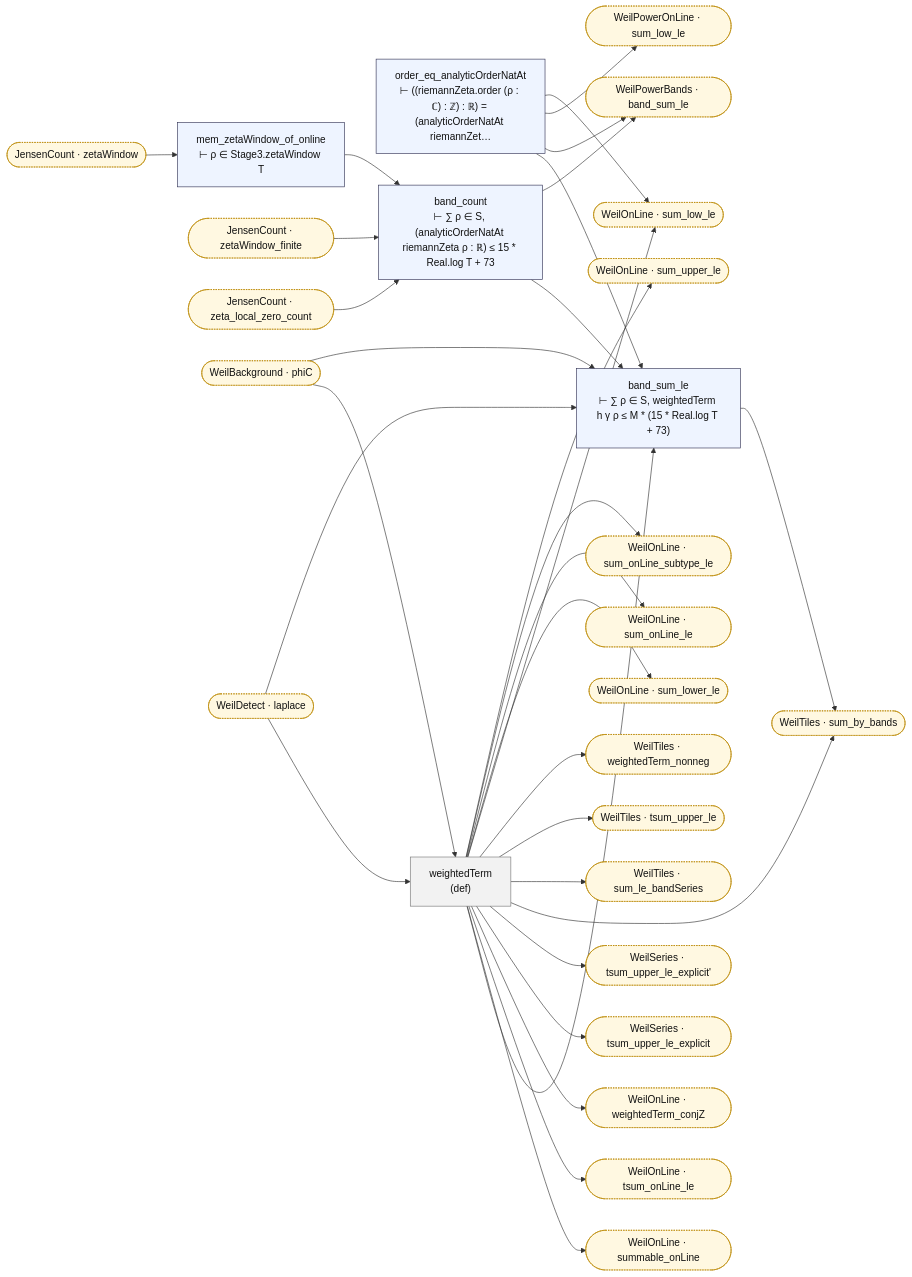
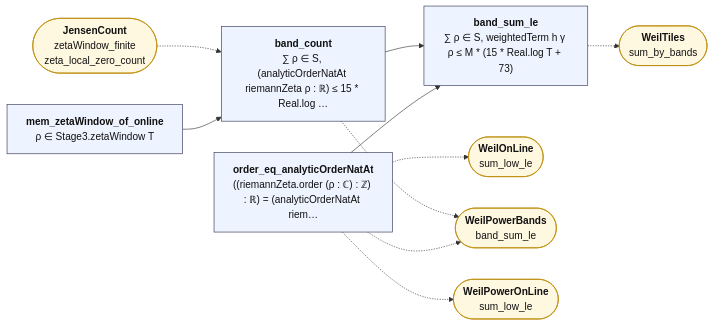
Before and after one commit to juliansambranojr/Primebeat_081426: the diagram in map/lean_stage3/WeilBands.md, drawn with Mermaid. The commit also changed other lines of this file and 387 other files, not shown here.

````diff
--- a/map/lean_stage3/WeilBands.md
+++ b/map/lean_stage3/WeilBands.md
@@ -8,65 +12,26 @@
 ```mermaid
 flowchart LR
-  n0["order_eq_analyticOrderNatAt<br/>⊢ ((riemannZeta.order (ρ : ℂ) : ℤ) : ℝ) = (analyticOrderNatAt riemannZet…"]:::thm
-  n1["mem_zetaWindow_of_online<br/>⊢ ρ ∈ Stage3.zetaWindow T"]:::thm
-  n2["band_count<br/>⊢ ∑ ρ ∈ S, (analyticOrderNatAt riemannZeta ρ : ℝ) ≤ 15 * Real.log T + 73"]:::thm
-  n3["weightedTerm<br/>(def)"]:::dfn
-  n4["band_sum_le<br/>⊢ ∑ ρ ∈ S, weightedTerm h γ ρ ≤ M * (15 * Real.log T + 73)"]:::thm
-  x0(["JensenCount · zetaWindow"]):::ext
-  x1(["JensenCount · zetaWindow_finite"]):::ext
-  x2(["JensenCount · zeta_local_zero_count"]):::ext
-  x3(["WeilBackground · phiC"]):::ext
-  x4(["WeilDetect · laplace"]):::ext
-  x5(["WeilOnLine · sum_low_le"]):::ext
-  x6(["WeilOnLine · sum_lower_le"]):::ext
-  x7(["WeilOnLine · sum_onLine_le"]):::ext
-  x8(["WeilOnLine · sum_onLine_subtype_le"]):::ext
-  x9(["WeilOnLine · sum_upper_le"]):::ext
-  x10(["WeilOnLine · summable_onLine"]):::ext
-  x11(["WeilOnLine · tsum_onLine_le"]):::ext
-  x12(["WeilOnLine · weightedTerm_conjZ"]):::ext
-  x13(["WeilPowerBands · band_sum_le"]):::ext
-  x14(["WeilPowerOnLine · sum_low_le"]):::ext
-  x15(["WeilSeries · tsum_upper_le_explicit"]):::ext
-  x16(["WeilSeries · tsum_upper_le_explicit'"]):::ext
-  x17(["WeilTiles · sum_by_bands"]):::ext
-  x18(["WeilTiles · sum_le_bandSeries"]):::ext
-  x19(["WeilTiles · tsum_upper_le"]):::ext
-  x20(["WeilTiles · weightedTerm_nonneg"]):::ext
-  n0 --> n4
-  n0 --> x13
-  n0 --> x14
-  n0 --> x5
+  n0["<b>order_eq_analyticOrderNatAt</b><br/>((riemannZeta.order (ρ : ℂ) : ℤ) : ℝ) = (analyticOrderNatAt riem…"]:::thm
+  n1["<b>mem_zetaWindow_of_online</b><br/>ρ ∈ Stage3.zetaWindow T"]:::thm
+  n2["<b>band_count</b><br/>∑ ρ ∈ S, (analyticOrderNatAt riemannZeta ρ : ℝ) ≤ 15 * Real.log …"]:::thm
+  n3["<b>band_sum_le</b><br/>∑ ρ ∈ S, weightedTerm h γ ρ ≤ M * (15 * Real.log T + 73)"]:::thm
+  x0(["<b>WeilOnLine</b><br/>sum_low_le"]):::ext
+  x1(["<b>WeilPowerBands</b><br/>band_sum_le"]):::ext
+  x2(["<b>WeilPowerOnLine</b><br/>sum_low_le"]):::ext
+  x3(["<b>JensenCount</b><br/>zetaWindow_finite<br/>zeta_local_zero_count"]):::ext
+  x4(["<b>WeilTiles</b><br/>sum_by_bands"]):::ext
+  n0 --> n3
   n1 --> n2
-  n2 --> n4
-  n2 --> x13
-  n3 --> n4
-  n3 --> x10
-  n3 --> x11
-  n3 --> x12
-  n3 --> x15
-  n3 --> x16
-  n3 --> x17
-  n3 --> x18
-  n3 --> x19
-  n3 --> x20
-  n3 --> x5
-  n3 --> x6
-  n3 --> x7
-  n3 --> x8
-  n3 --> x9
-  n4 --> x17
-  x0 --> n1
-  x1 --> n2
-  x2 --> n2
-  x3 --> n3
-  x3 --> n4
-  x4 --> n3
-  x4 --> n4
+  n2 --> n3
+  n0 -.-> x0
+  n0 -.-> x1
+  n0 -.-> x2
+  n2 -.-> x1
+  n3 -.-> x4
+  x3 -.-> n2
   classDef thm fill:#eef4ff,stroke:#335,color:#111
-  classDef dfn fill:#f2f2f2,stroke:#777,color:#111
   classDef end_ fill:#e7f7e7,stroke:#2a7,color:#111,stroke-width:2px
   classDef lone fill:#fff,stroke:#999,color:#111,stroke-dasharray:4 3
   classDef bad fill:#ffe5e5,stroke:#c22,color:#111,stroke-width:2px
-  classDef ext fill:#fff8e1,stroke:#b80,color:#111,stroke-dasharray:2 2
+  classDef ext fill:#fff8e1,stroke:#b80,color:#111
 ```
````
